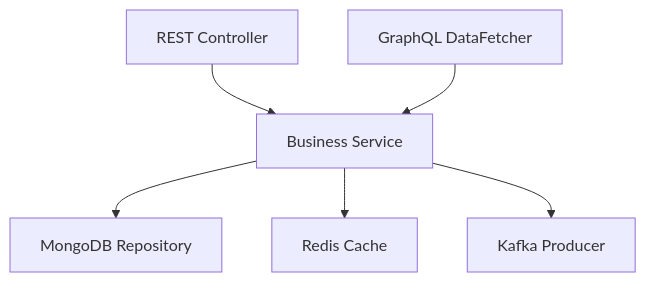
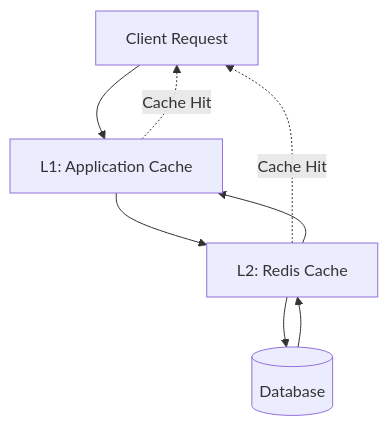
The ninth of 11 diagrams in docs/development/architecture/README.md (Praesto-Pro/openframe-oss-tenant), drawn with Mermaid before and after one commit. The commit also changed other lines of this file and 214 other files, not shown here.

````diff
--- a/docs/development/architecture/README.md
+++ b/docs/development/architecture/README.md
@@ -142,8 +423,11 @@
 ```mermaid
-flowchart TD
-    Controller[REST Controller] --> Service[Business Service]
-    DataFetcher[GraphQL DataFetcher] --> Service
-    Service --> Repository[MongoDB Repository]
-    Service --> Cache[Redis Cache]
-    Service --> EventPublisher[Kafka Producer]
+graph TD
+    Client[Client Request] --> L1Cache[L1: Application Cache]
+    L1Cache --> L2Cache[L2: Redis Cache]
+    L2Cache --> Database[(Database)]
+    
+    L1Cache -.-> |Cache Hit| Client
+    L2Cache -.-> |Cache Hit| Client
+    Database --> L2Cache
+    L2Cache --> L1Cache
 ```
````
